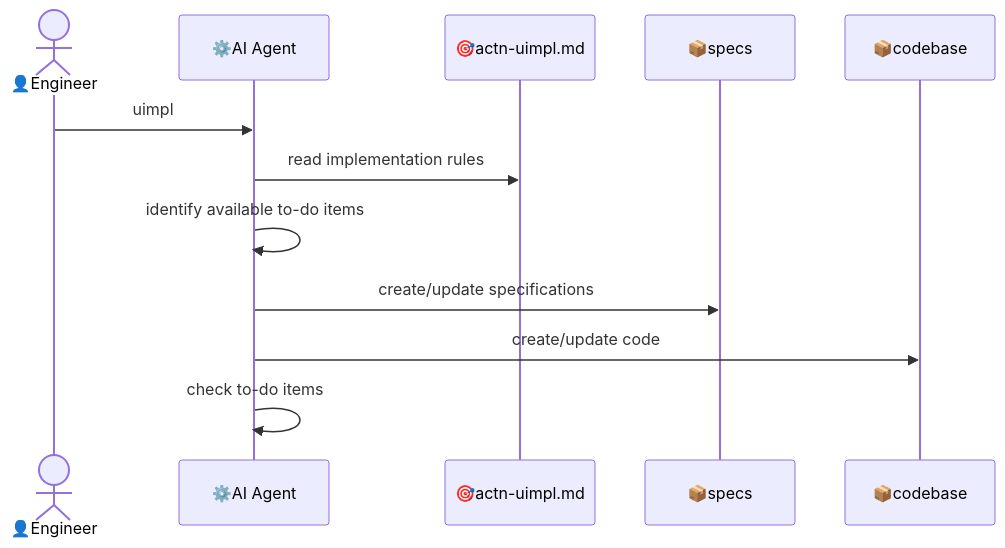
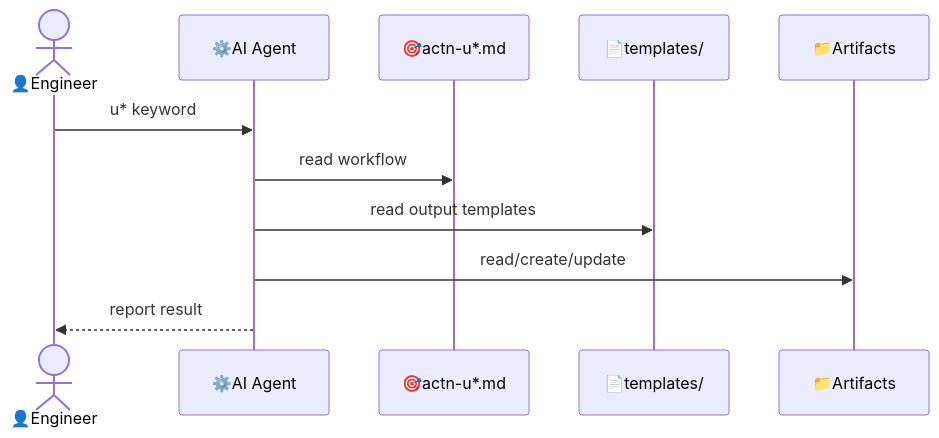
Before and after one commit to untillpro/uspecs: the diagram in uspecs/specs/prod/softeng/softeng--arch.md, drawn with Mermaid. The commit also changed other lines of this file and 3 other files, not shown here.

````diff
--- a/uspecs/specs/prod/softeng/softeng--arch.md
+++ b/uspecs/specs/prod/softeng/softeng--arch.md
@@ -40,15 +9,14 @@
 ```mermaid
 sequenceDiagram
     actor engineer as 👤Engineer
     participant ai_agent as ⚙️AI Agent
-    participant actn_impl as 🎯actn-uimpl.md
-    participant specs as 📦specs
-    participant codebase as 📦codebase
+    participant actn as 🎯actn-u*.md
+    participant templates as 📄templates/
+    participant artifacts as 📁Artifacts
 
-    engineer->>ai_agent: uimpl
-    ai_agent->>actn_impl: read implementation rules
-    ai_agent->>ai_agent: identify available to-do items
-    ai_agent->>specs: create/update specifications
-    ai_agent->>codebase: create/update code
-    ai_agent->>ai_agent: check to-do items
+    engineer->>ai_agent: u* keyword
+    ai_agent->>actn: read workflow
+    ai_agent->>templates: read output templates
+    ai_agent->>artifacts: read/create/update
+    ai_agent-->>engineer: report result
 ```
````
